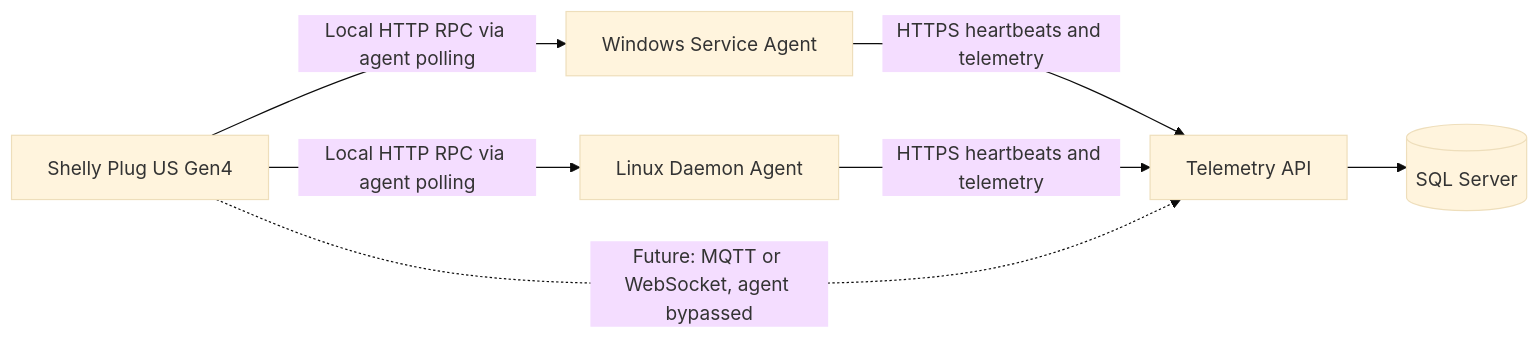
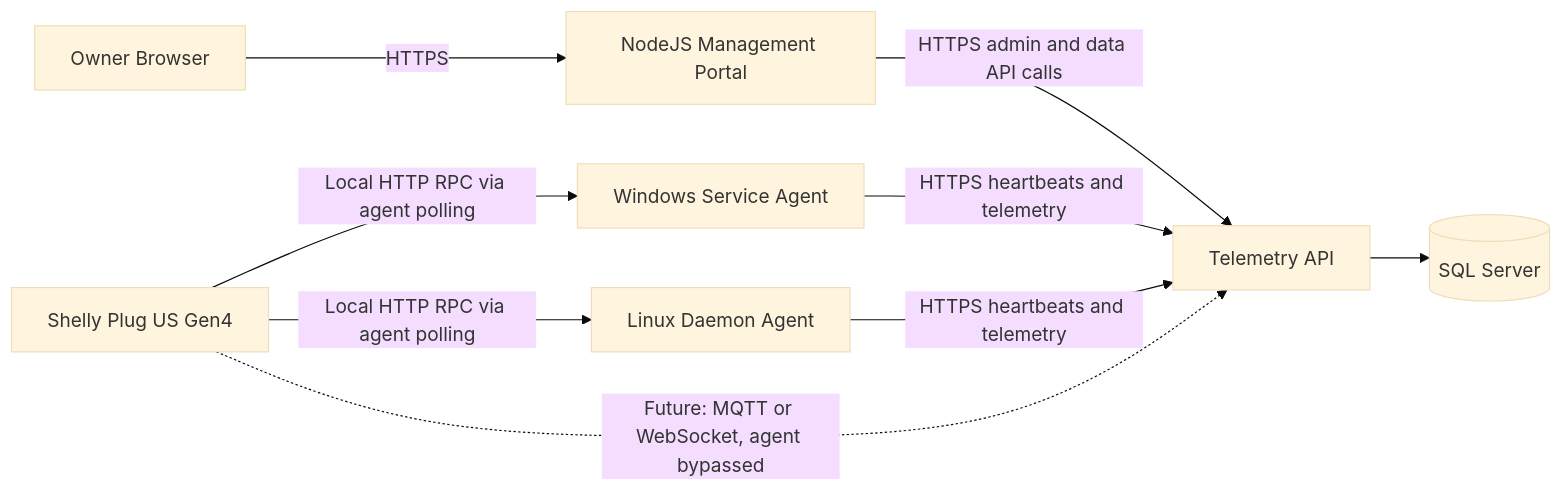
The diagram in docs/architecture-overview.md (MCLifeLeader/System-Uptime-Tracker), drawn with Mermaid (base theme) before and after one commit. The commit also changed other lines of this file and 533 other files, not shown here.

````diff
--- a/docs/architecture-overview.md
+++ b/docs/architecture-overview.md
@@ -51,15 +56,19 @@
 ```mermaid
 flowchart LR
+  OW[Owner Browser]
+  PTL[NodeJS Management Portal]
     WS[Windows Service Agent]
     LD[Linux Daemon Agent]
     SH[Shelly Plug US Gen4]
     API[Telemetry API]
     DB[(SQL Server)]
 
+  OW -->|HTTPS| PTL
+  PTL -->|HTTPS admin and data API calls| API
     WS -->|HTTPS heartbeats and telemetry| API
     LD -->|HTTPS heartbeats and telemetry| API
     SH -->|Local HTTP RPC via agent polling| WS
     SH -->|Local HTTP RPC via agent polling| LD
     SH -.->|Future: MQTT or WebSocket, agent bypassed| API
     API --> DB
 ```
````
